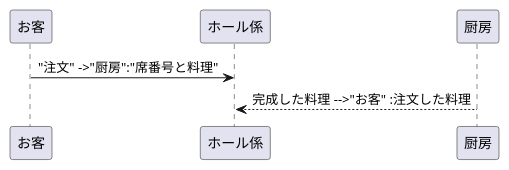
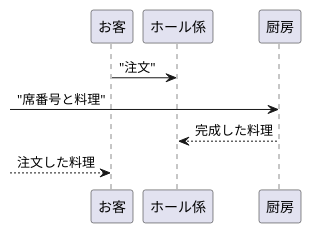
The diagram in iiiiii.md (Aso2001364/2021sys-design), drawn with PlantUML before and after one commit.

````diff
--- a/iiiiii.md
+++ b/iiiiii.md
@@ -1,6 +1,8 @@
 ```uml
 @startuml
-"お客" -> "ホール係":"注文" ->"厨房":"席番号と料理"
-"厨房" --> "ホール係":完成した料理 -->"お客" :注文した料理
+"お客" -> "ホール係":"注文"
+->"厨房":"席番号と料理"
+"厨房" --> "ホール係":完成した料理 
+-->"お客" :注文した料理
 @enduml
 ```
````
